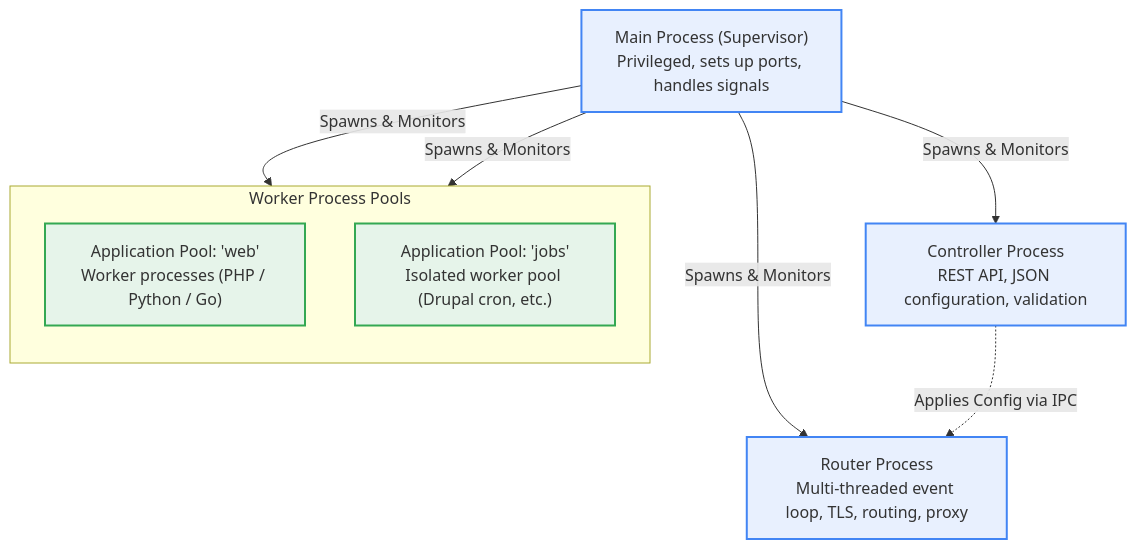
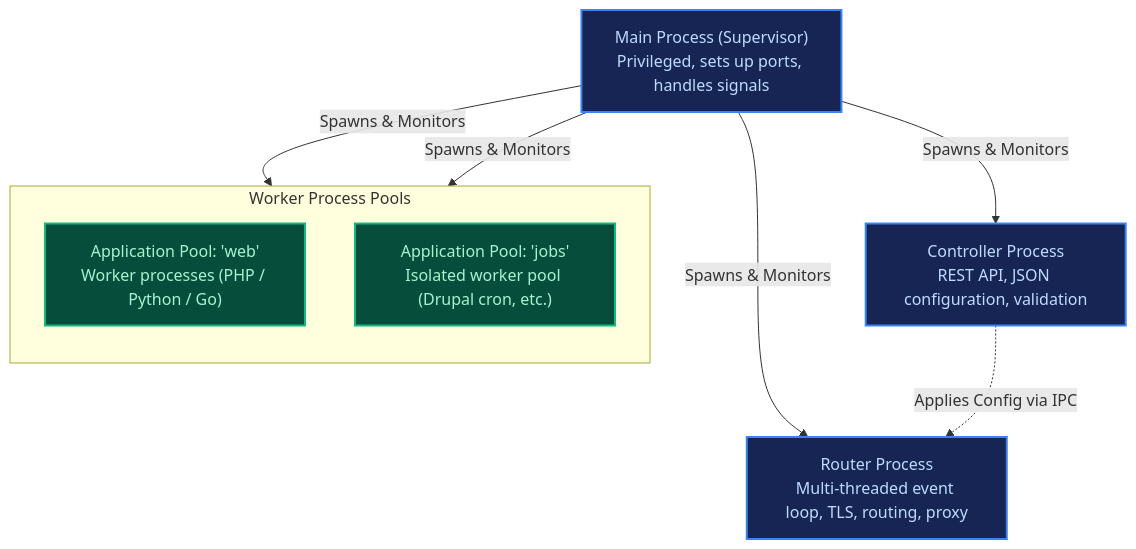
One commit to andypost/freeunit-model changed the first of 2 diagrams in docs/architecture/overview.md. Above: the diagram before and after it, drawn with Mermaid. The commit also changed 10 other files, not shown here.

First line of the commit message:
fix(docs,diagrams): redesign architecture diagram with event ordering and fix dark theme contrast

````diff
--- a/docs/architecture/overview.md
+++ b/docs/architecture/overview.md
@@ -11,23 +11,23 @@
 ```mermaid
 graph TD
     Main["Main Process (Supervisor)<br/>Privileged, sets up ports, handles signals"]
     Controller["Controller Process<br/>REST API, JSON configuration, validation"]
     Router["Router Process<br/>Multi-threaded event loop, TLS, routing, proxy"]
     
     subgraph Workers["Worker Process Pools"]
         direction TB
         AppPoolA["Application Pool: 'web'<br/>Worker processes (PHP / Python / Go)"]
         AppPoolB["Application Pool: 'jobs'<br/>Isolated worker pool (Drupal cron, etc.)"]
     end
 
     Main -->|Spawns &amp; Monitors| Controller
     Main -->|Spawns &amp; Monitors| Router
     Main -->|Spawns &amp; Monitors| AppPoolA
     Main -->|Spawns &amp; Monitors| AppPoolB
     Controller -.->|Applies Config via IPC| Router
 
-    classDef proc fill:#e8f0fe,stroke:#4285f4,stroke-width:2px;
-    classDef pool fill:#e6f4ea,stroke:#34a853,stroke-width:2px;
+    classDef proc fill:#172554,stroke:#3b82f6,stroke-width:2px,color:#bfdbfe;
+    classDef pool fill:#064e3b,stroke:#10b981,stroke-width:2px,color:#a7f3d0;
     class Main,Controller,Router proc;
     class AppPoolA,AppPoolB pool;
 ```
````
